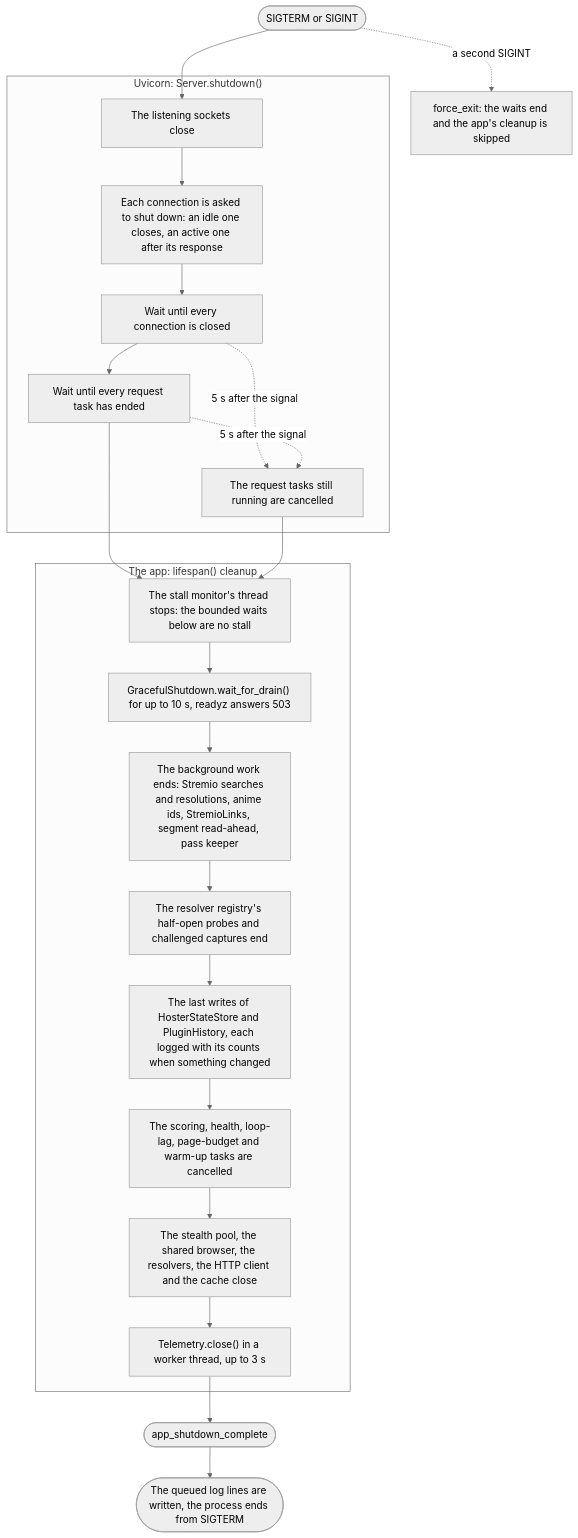
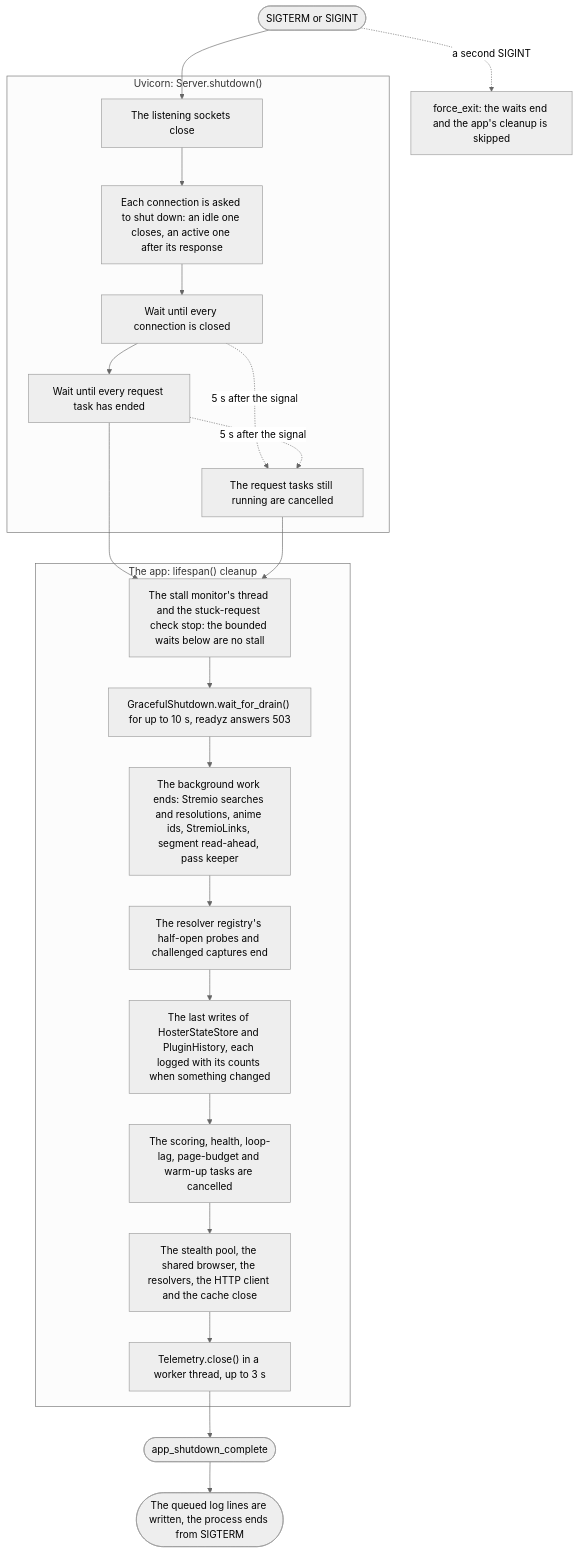
Before and after one commit to Strob0t/Scavengarr: the fourth of 4 diagrams in docs/current/architecture.md, drawn with Mermaid (neutral theme). The commit also changed other lines of this file and 23 other files, not shown here.

First line of the commit message:
feat(telemetry): stuck requests are logged with their await chain

````diff
--- a/docs/current/architecture.md
+++ b/docs/current/architecture.md
@@ -391,25 +392,25 @@
 ```mermaid
 flowchart TD
     signal(["SIGTERM or SIGINT"]) --> close
     subgraph uvicorn["Uvicorn: Server.shutdown()"]
         close["The listening sockets close"] --> conns["Each connection is asked to shut down: an idle one closes, an active one after its response"]
         conns --> waitc["Wait until every connection is closed"]
         waitc --> waitt["Wait until every request task has ended"]
         waitc -. "5 s after the signal" .-> cancel["The request tasks still running are cancelled"]
         waitt -. "5 s after the signal" .-> cancel
     end
     waitt --> monitor
     cancel --> monitor
     subgraph app["The app: lifespan() cleanup"]
-        monitor["The stall monitor's thread stops: the bounded waits below are no stall"] --> drain
+        monitor["The stall monitor's thread and the stuck-request check stop: the bounded waits below are no stall"] --> drain
         drain["GracefulShutdown.wait_for_drain() for up to 10 s, readyz answers 503"] --> stop["The background work ends: Stremio searches and resolutions, anime ids, StremioLinks, segment read-ahead, pass keeper"]
         stop --> reg["The resolver registry's half-open probes and challenged captures end"]
         reg --> snap["The last writes of HosterStateStore and PluginHistory, each logged with its counts when something changed"]
         snap --> tasks["The scoring, health, loop-lag, page-budget and warm-up tasks are cancelled"]
         tasks --> res["The stealth pool, the shared browser, the resolvers, the HTTP client and the cache close"]
         res --> spans["Telemetry.close() in a worker thread, up to 3 s"]
     end
     spans --> done(["app_shutdown_complete"])
     done --> exit(["The queued log lines are written, the process ends from SIGTERM"])
     signal -. "a second SIGINT" .-> force["force_exit: the waits end and the app's cleanup is skipped"]
 ```
````
